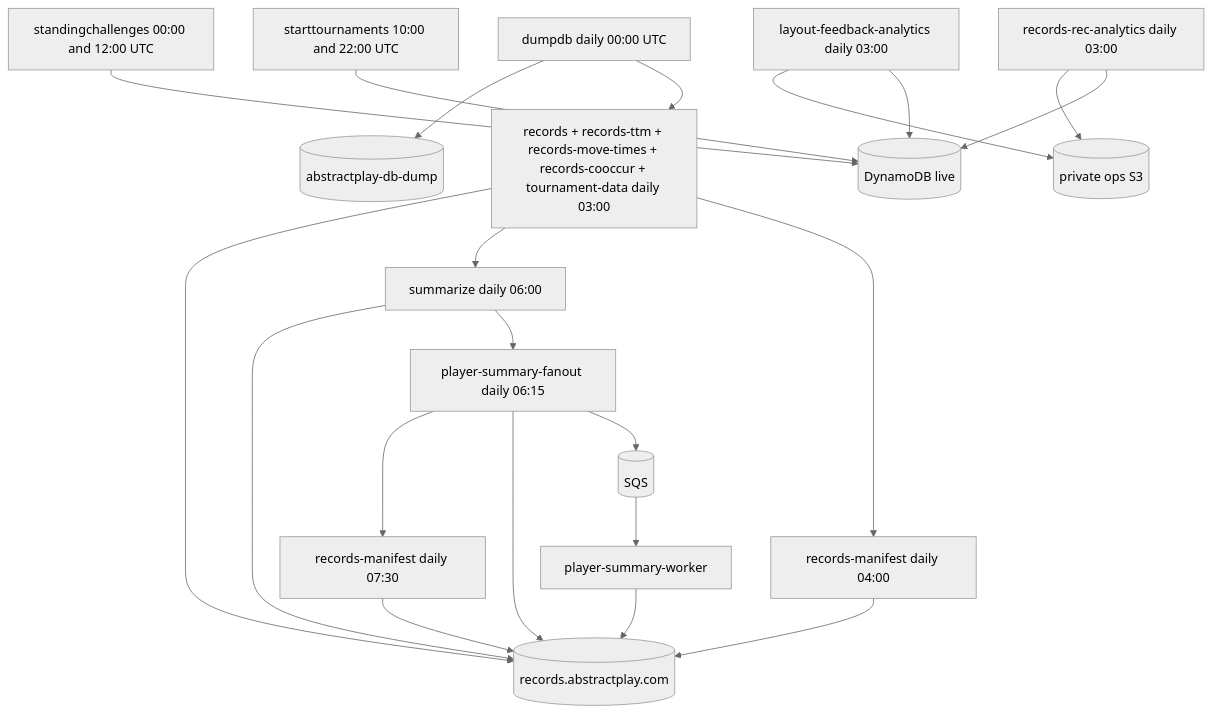
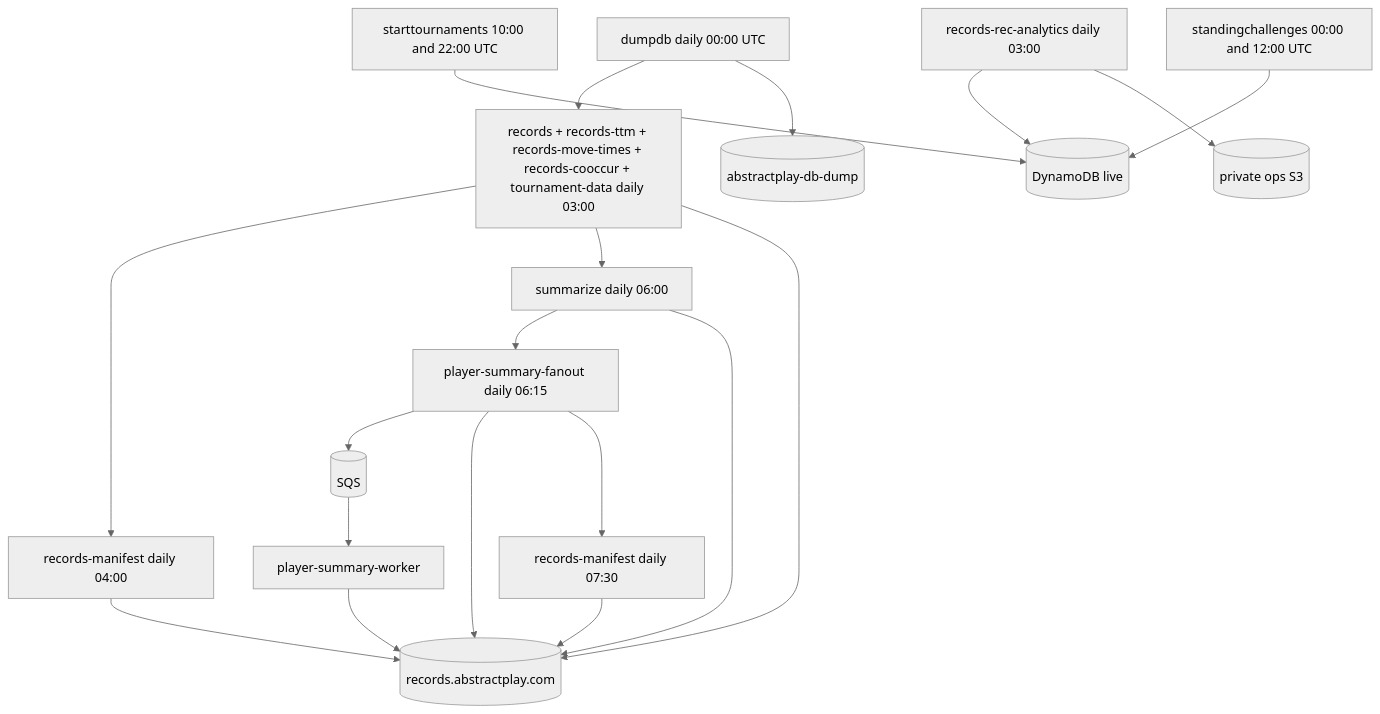
The diagram in docs/pipeline.md (AbstractPlay/backend-crons), drawn with Mermaid (neutral theme) before and after one commit. The commit also changed other lines of this file and 9 other files, not shown here.

````diff
--- a/docs/pipeline.md
+++ b/docs/pipeline.md
@@ -24,23 +24,21 @@
 ```mermaid
 flowchart TD
     dumpdb["dumpdb daily 00:00 UTC"] --> batch["records + records-ttm + records-move-times + records-cooccur + tournament-data daily 03:00"]
     recanalytics["records-rec-analytics daily 03:00"] --> ddb[(DynamoDB live)]
     recanalytics --> s3ops[(private ops S3)]
-    layoutfb["layout-feedback-analytics daily 03:00"] --> ddb
-    layoutfb --> s3ops
     batch --> manifest1["records-manifest daily 04:00"]
     batch --> summarize["summarize daily 06:00"]
     summarize --> fanout["player-summary-fanout daily 06:15"]
     fanout --> sqs[(SQS)]
     sqs --> workers["player-summary-worker"]
     workers --> s3rec
     fanout --> s3rec
     fanout --> manifest2["records-manifest daily 07:30"]
     live1["starttournaments 10:00 and 22:00 UTC"] --> ddb[(DynamoDB live)]
     live2["standingchallenges 00:00 and 12:00 UTC"] --> ddb
     dumpdb --> s3dump[(abstractplay-db-dump)]
     batch --> s3rec[(records.abstractplay.com)]
     summarize --> s3rec
     manifest1 --> s3rec
     manifest2 --> s3rec
 ```
````
